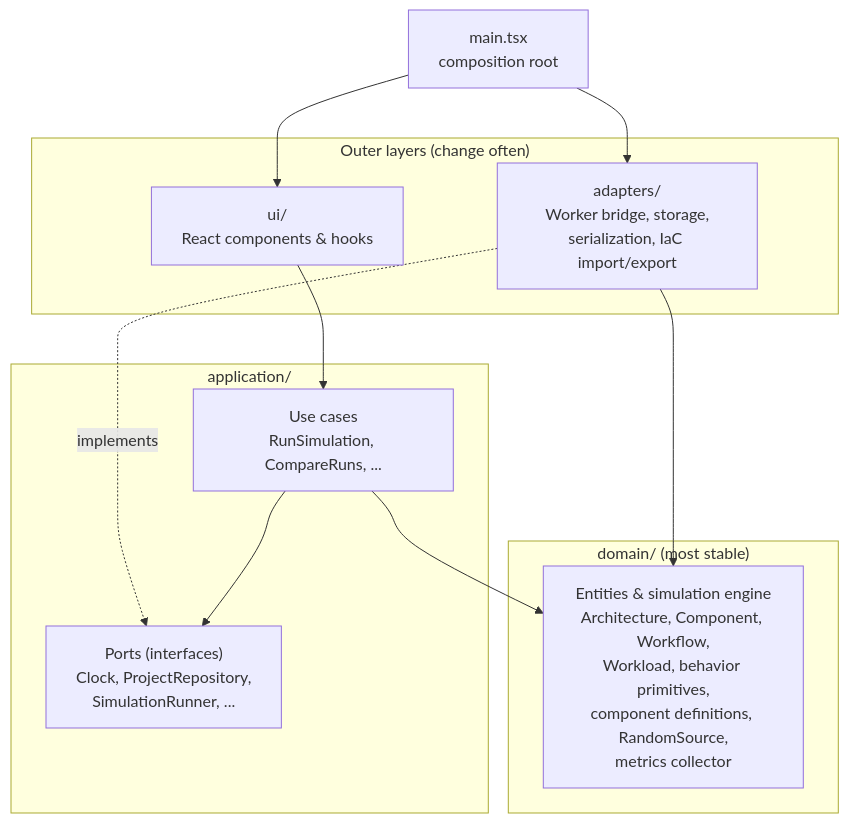
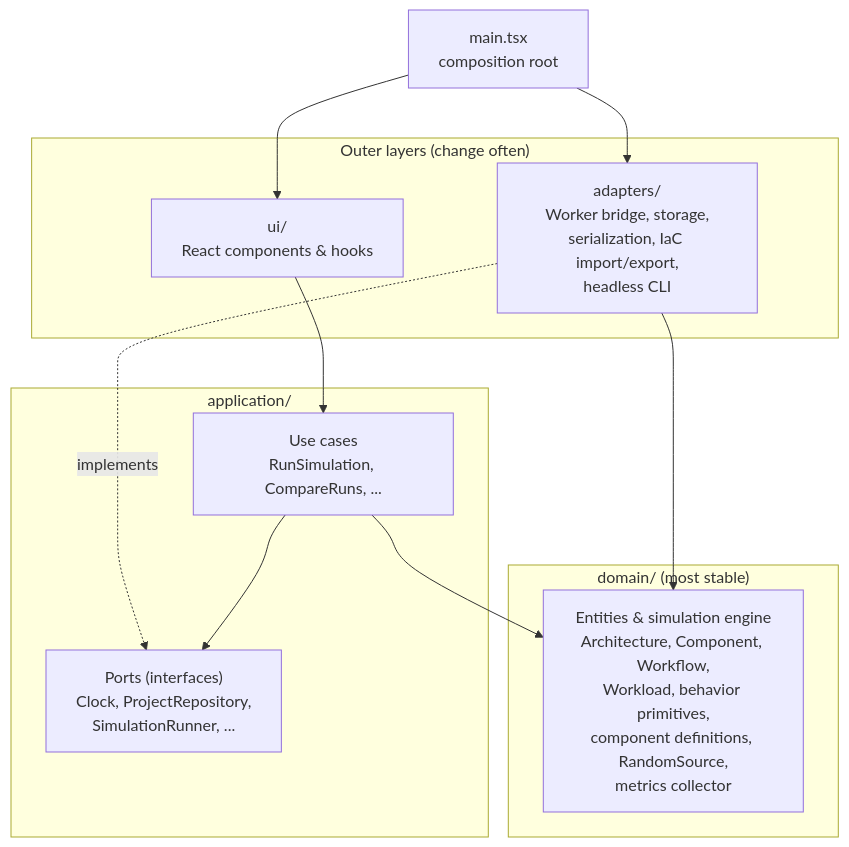
The second of 3 diagrams in docs/architecture/README.md (alanbickel/wind-tunnel), drawn with Mermaid before and after one commit. The commit also changed other lines of this file and 12 other files, not shown here.

Commit message:
feat(adapters): add headless simulate runner with reconciling text report

````diff
--- a/docs/architecture/README.md
+++ b/docs/architecture/README.md
@@ -40,22 +40,22 @@
 ```mermaid
 flowchart TB
     subgraph outer["Outer layers (change often)"]
         UI["ui/<br/>React components & hooks"]
-        AD["adapters/<br/>Worker bridge, storage,<br/>serialization, IaC import/export"]
+        AD["adapters/<br/>Worker bridge, storage,<br/>serialization, IaC import/export,<br/>headless CLI"]
     end
     subgraph app["application/"]
         UC["Use cases<br/>RunSimulation, CompareRuns, ..."]
         P["Ports (interfaces)<br/>Clock, ProjectRepository,<br/>SimulationRunner, ..."]
     end
     subgraph dom["domain/ (most stable)"]
         D["Entities & simulation engine<br/>Architecture, Component, Workflow,<br/>Workload, behavior primitives,<br/>component definitions, RandomSource,<br/>metrics collector"]
     end
 
     UI --> UC
     AD -.->|implements| P
     UC --> P
     UC --> D
     AD --> D
     MAIN["main.tsx<br/>composition root"] --> UI
     MAIN --> AD
 ```
````
